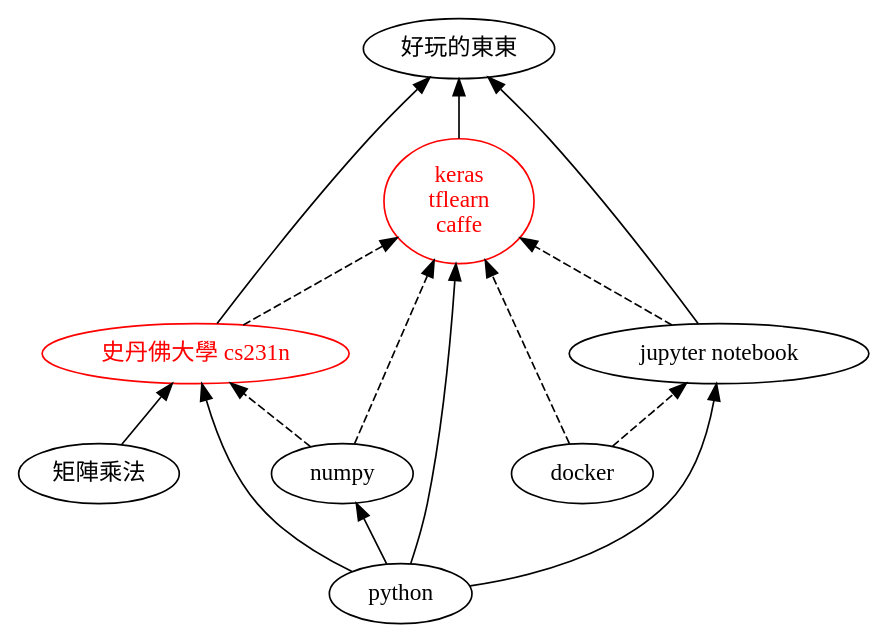
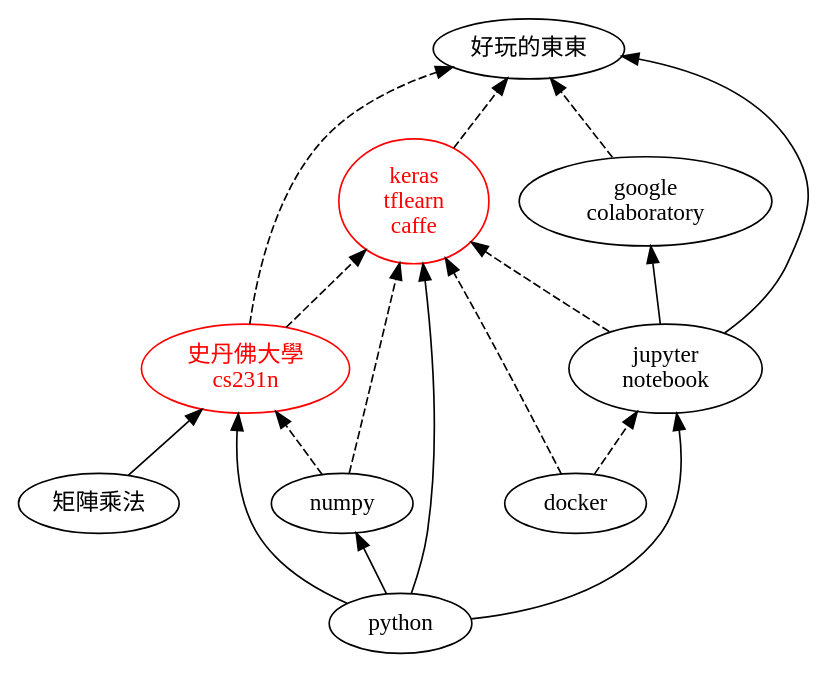
One commit to ckhung/ckhung.github.io changed the diagram in a/m/17/machine-learning.dot. Above: the diagram before and after it, drawn with Graphviz. The commit also changed 1 other file, not shown here.

```diff
--- a/a/m/17/machine-learning.dot
+++ b/a/m/17/machine-learning.dot
@@ -1,22 +1,25 @@
 digraph "不求甚解工程師的 「機器學習」 學習捷徑地圖" {
 
     rankdir = BT;
     overlap = scale;
 
     python [ label="python"; ];
     docker [ label="docker"; ];
-    jupyter [ label="jupyter notebook"; ];
+    jupyter [ label="jupyter\nnotebook"; ];
+    colab [ label="google\ncolaboratory"; ];
     mat_mul [ label="矩陣乘法"; ];
-    cs231n [ label="史丹佛大學 cs231n"; color="red"; fontcolor="red"; ];
+    cs231n [ label="史丹佛大學\ncs231n"; color="red"; fontcolor="red"; ];
     hilevel [ label="keras\ntflearn\ncaffe"; color="red"; fontcolor="red"; ];
     numpy [ label="numpy"; ];
-    advanced [ label="好玩的東東"; ];
+    fun [ label="好玩的東東"; ];
 
     python -> { numpy jupyter hilevel };
     numpy -> { cs231n hilevel } [ style="dashed" ];
     { mat_mul python } -> cs231n;
-    { jupyter cs231n hilevel } -> advanced;
+    { cs231n hilevel } -> fun [ style="dashed" ];
+    jupyter -> { colab fun };
+    colab -> fun [ style="dashed" ];
 
     docker -> { hilevel jupyter} [ style="dashed" ];
     { cs231n jupyter } -> hilevel [ style="dashed" ];
 }
```
